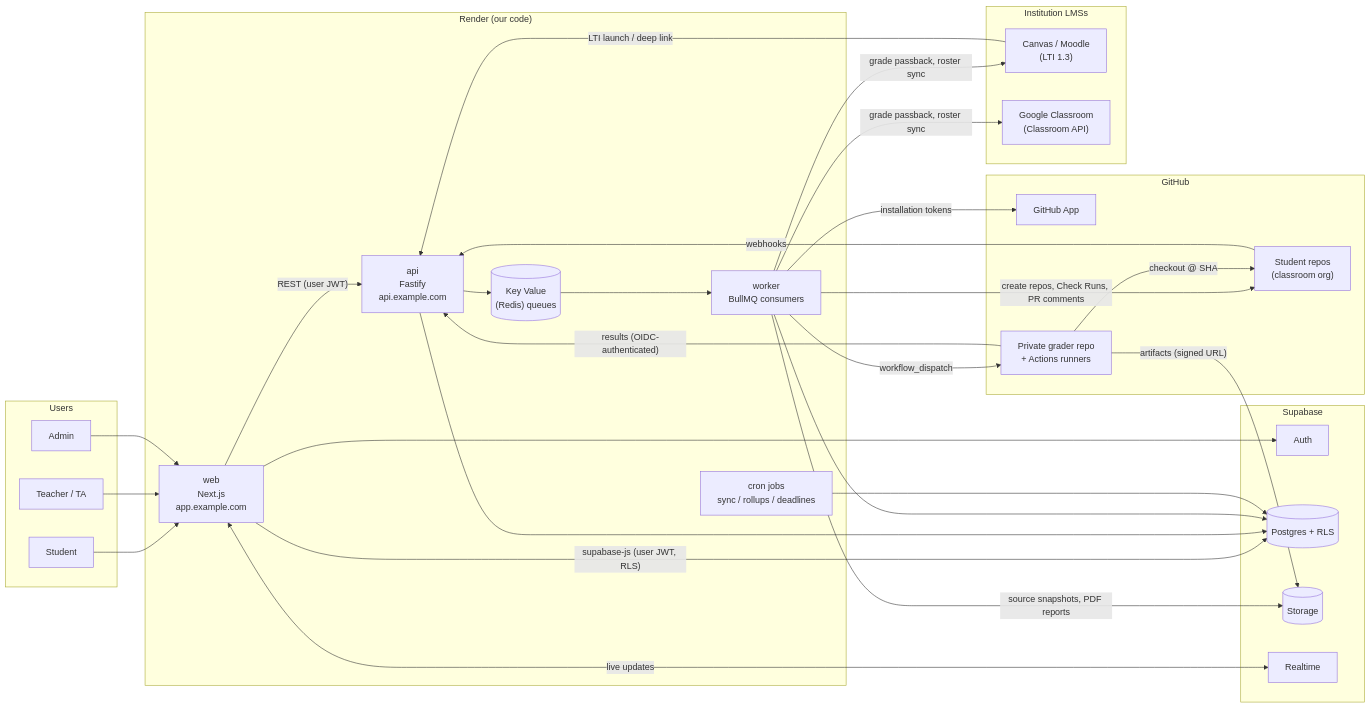
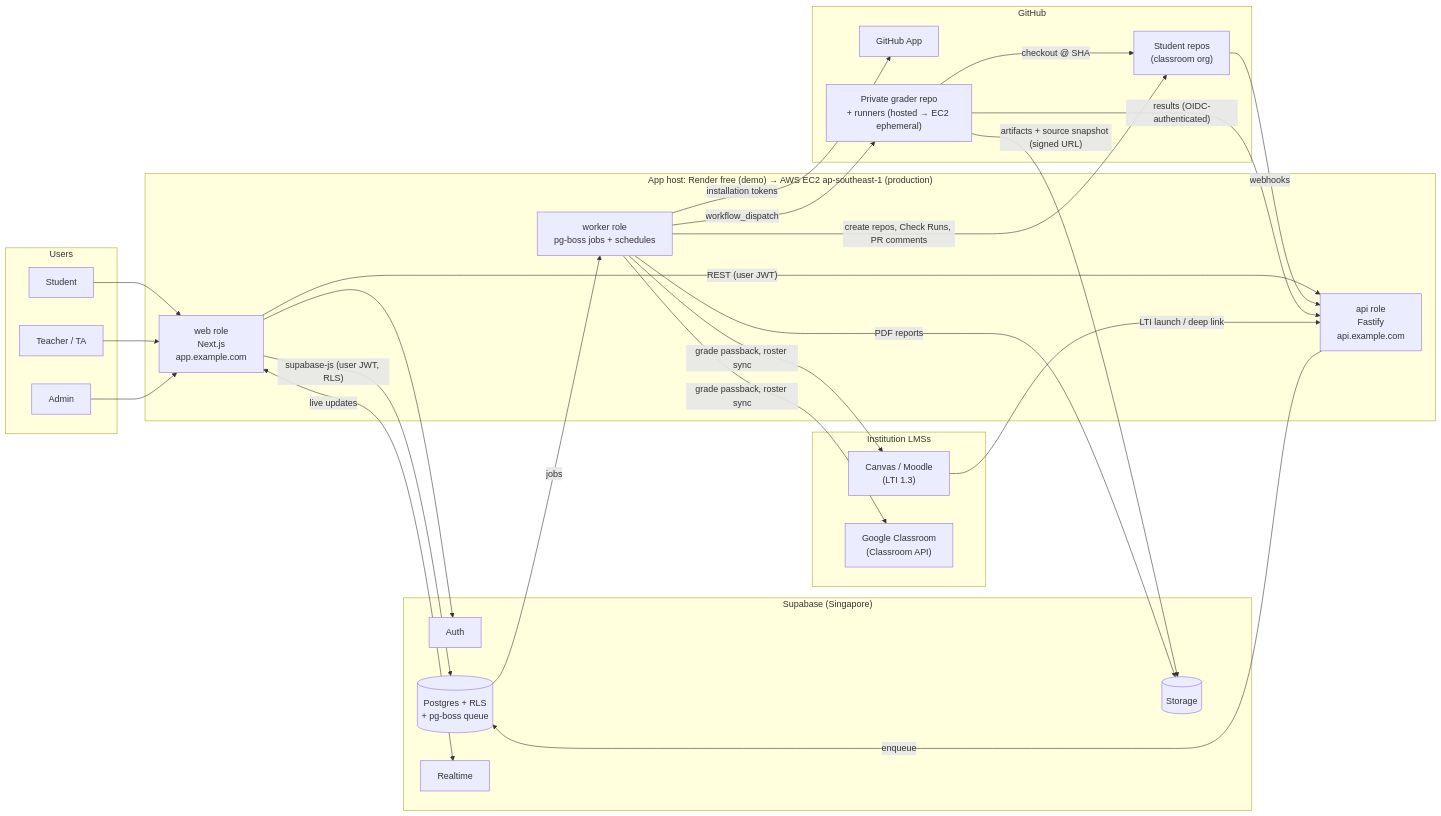
Before and after one commit to evolvian2026/HBE-Project-Code: the first of 2 diagrams in docs/ARCHITECTURE.md, drawn with Mermaid. The commit also changed other lines of this file and 5 other files, not shown here.

First line of the commit message:
Add deployment plan: free-tier demo, AWS EC2 production, Singapore region

````diff
--- a/docs/ARCHITECTURE.md
+++ b/docs/ARCHITECTURE.md
@@ -29,53 +29,51 @@
 ```mermaid
 flowchart LR
   subgraph Users
     S[Student]
     T[Teacher / TA]
     A[Admin]
   end
 
-  subgraph Render["Render (our code)"]
-    WEB["web<br/>Next.js<br/>app.example.com"]
-    API["api<br/>Fastify<br/>api.example.com"]
-    WRK["worker<br/>BullMQ consumers"]
-    CRON["cron jobs<br/>sync / rollups / deadlines"]
-    KV[("Key Value<br/>(Redis) queues")]
+  subgraph Host["App host: Render free (demo) → AWS EC2 ap-southeast-1 (production)"]
+    WEB["web role<br/>Next.js<br/>app.example.com"]
+    API["api role<br/>Fastify<br/>api.example.com"]
+    WRK["worker role<br/>pg-boss jobs + schedules"]
   end
 
-  subgraph Supabase
+  subgraph Supabase["Supabase (Singapore)"]
     AUTH[Auth]
-    DB[("Postgres + RLS")]
+    DB[("Postgres + RLS<br/>+ pg-boss queue")]
     STO[(Storage)]
     RT[Realtime]
   end
 
   subgraph GitHub
     APP[GitHub App]
     REPOS["Student repos<br/>(classroom org)"]
-    GRADER["Private grader repo<br/>+ Actions runners"]
+    GRADER["Private grader repo<br/>+ runners (hosted → EC2 ephemeral)"]
   end
 
   S & T & A --> WEB
   WEB -- supabase-js (user JWT, RLS) --> DB
   WEB -- REST (user JWT) --> API
   WEB <-- live updates --> RT
   WEB --> AUTH
   REPOS -- webhooks --> API
-  API --> KV --> WRK
+  API -- enqueue --> DB
+  DB -- jobs --> WRK
   WRK -- installation tokens --> APP
   WRK -- create repos, Check Runs, PR comments --> REPOS
   WRK -- workflow_dispatch --> GRADER
   GRADER -- checkout @ SHA --> REPOS
   GRADER -- results (OIDC-authenticated) --> API
-  GRADER -- artifacts (signed URL) --> STO
-  API & WRK & CRON --> DB
-  WRK -- source snapshots, PDF reports --> STO
+  GRADER -- artifacts + source snapshot (signed URL) --> STO
+  WRK -- PDF reports --> STO
 
   subgraph LMSs["Institution LMSs"]
     LMS["Canvas / Moodle<br/>(LTI 1.3)"]
     GC["Google Classroom<br/>(Classroom API)"]
   end
   LMS -- LTI launch / deep link --> API
   WRK -- grade passback, roster sync --> LMS
   WRK -- grade passback, roster sync --> GC
 ```
````
